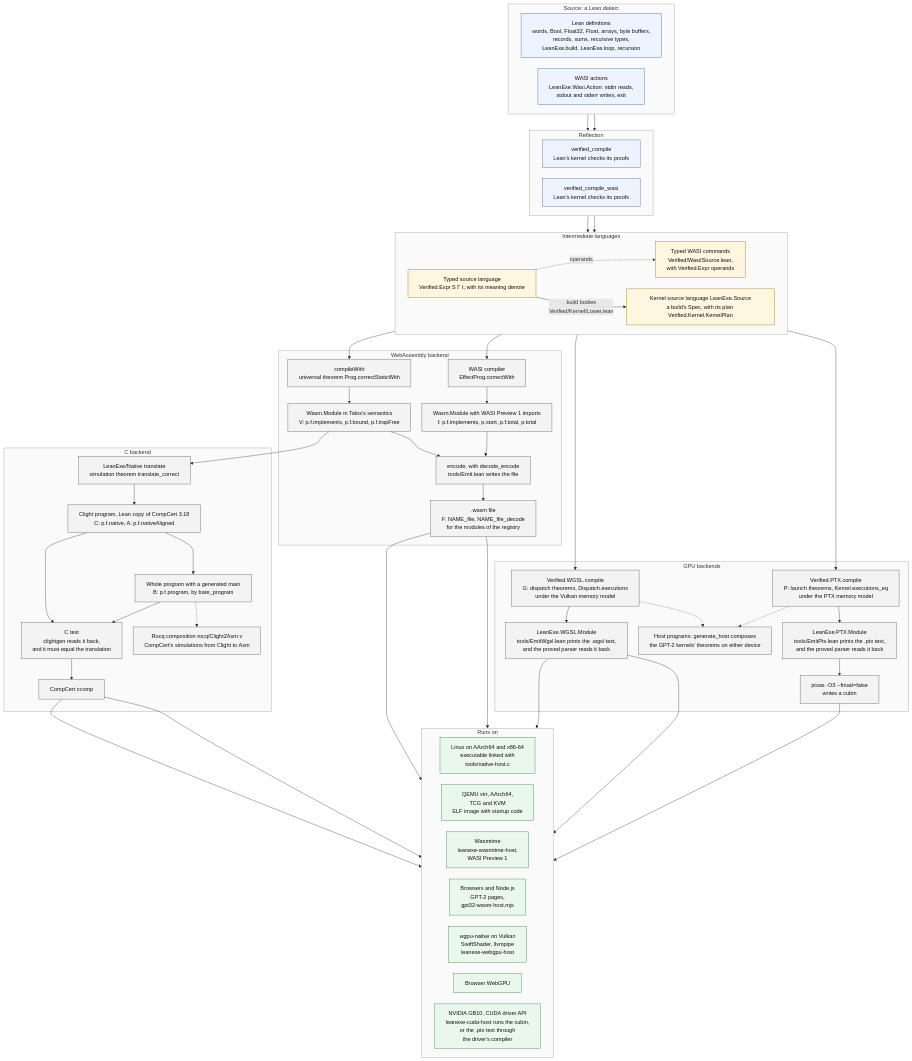
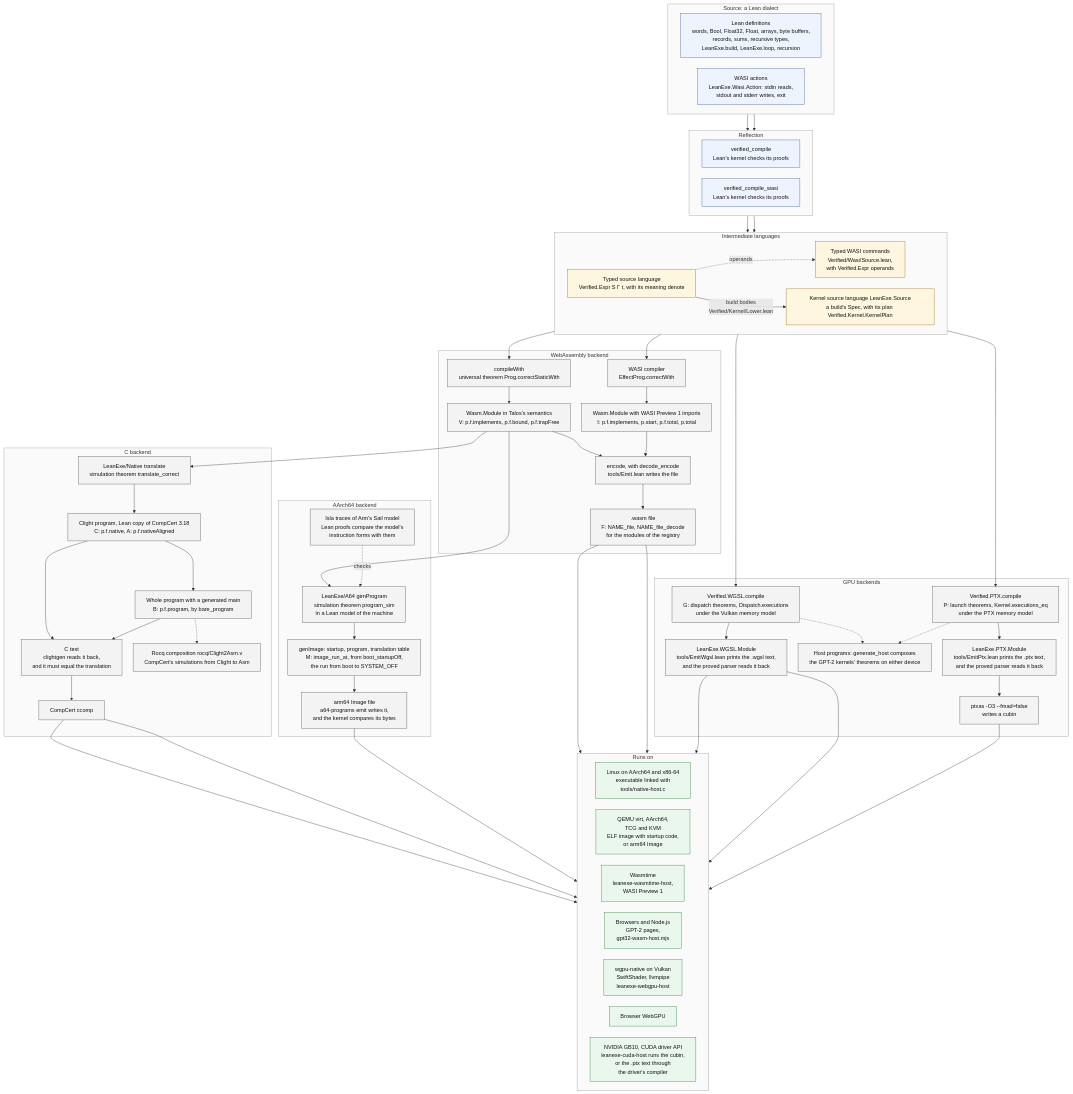
Before and after one commit to jsmorph/leanexe: the diagram in docs/toolchain.mmd, drawn with Mermaid. The commit also changed 7 other files, not shown here.

Commit message:
Document the AArch64 back end and add artifact code M

```diff
--- a/docs/toolchain.mmd
+++ b/docs/toolchain.mmd
@@ -1,97 +1,108 @@
 %%{init: {"flowchart": {"htmlLabels": true, "curve": "basis", "nodeSpacing": 30, "rankSpacing": 45, "wrappingWidth": 340}, "themeVariables": {"fontSize": "15px", "clusterBkg": "#fafafa", "clusterBorder": "#999999"}}}%%
 flowchart TB
   subgraph SRC["Source: a Lean dialect"]
     direction LR
     LEAN["Lean definitions<br/>words, Bool, Float32, Float, arrays, byte buffers,<br/>records, sums, recursive types,<br/>LeanExe.build, LeanExe.loop, recursion"]
     ACT["WASI actions<br/>LeanExe.Wasi.Action: stdin reads,<br/>stdout and stderr writes, exit"]
   end
 
   subgraph REF["Reflection"]
     direction LR
     VC["verified_compile<br/>Lean's kernel checks its proofs"]
     VCW["verified_compile_wasi<br/>Lean's kernel checks its proofs"]
   end
 
   subgraph IR["Intermediate languages"]
     direction LR
     EXPR["Typed source language<br/>Verified.Expr S Γ t, with its meaning denote"]
     CMD["Typed WASI commands<br/>Verified/Wasi/Source.lean,<br/>with Verified.Expr operands"]
     KSRC["Kernel source language LeanExe.Source<br/>a build's Spec, with its plan Verified.Kernel.KernelPlan"]
   end
 
   LEAN --> VC --> EXPR
   ACT --> VCW --> CMD
   EXPR -. "operands" .-> CMD
   EXPR -- "build bodies<br/>Verified/Kernel/Lower.lean" --> KSRC
 
   subgraph CB["C backend"]
     TR["LeanExe/Native translate<br/>simulation theorem translate_correct"]
     CL["Clight program, Lean copy of CompCert 3.18<br/>C: p.f.native, A: p.f.nativeAligned"]
     BARE["Whole program with a generated main<br/>B: p.f.program, by bare_program"]
     CTXT["C text<br/>clightgen reads it back,<br/>and it must equal the translation"]
     CC["CompCert ccomp"]
     ROCQ["Rocq composition rocq/Clight2Asm.v<br/>CompCert's simulations from Clight to Asm"]
   end
 
   subgraph WASMB["WebAssembly backend"]
     CW["compileWith<br/>universal theorem Prog.correctStaticWith"]
     CWW["WASI compiler<br/>EffectProg.correctWith"]
     MOD["Wasm.Module in Talos's semantics<br/>V: p.f.implements, p.f.bound, p.f.trapFree"]
     MODW["Wasm.Module with WASI Preview 1 imports<br/>I: p.f.implements, p.start, p.f.total, p.total"]
     ENC["encode, with decode_encode<br/>tools/Emit.lean writes the file"]
     WASMF[".wasm file<br/>F: NAME_file, NAME_file_decode<br/>for the modules of the registry"]
   end
 
+  subgraph A64B["AArch64 backend"]
+    GEN["LeanExe/A64 genProgram<br/>simulation theorem program_sim<br/>in a Lean model of the machine"]
+    IMG["genImage: startup, program, translation table<br/>M: image_run_at, from boot_startupOff,<br/>the run from boot to SYSTEM_OFF"]
+    IMGF["arm64 Image file<br/>a64-programs emit writes it,<br/>and the kernel compares its bytes"]
+    ISLA["Isla traces of Arm's Sail model<br/>Lean proofs compare the model's<br/>instruction forms with them"]
+  end
+
   subgraph GPU["GPU backends"]
     WG["Verified.WGSL.compile<br/>G: dispatch theorems, Dispatch.executions<br/>under the Vulkan memory model"]
     WGM["LeanExe.WGSL.Module<br/>tools/EmitWgsl.lean prints the .wgsl text,<br/>and the proved parser reads it back"]
     HOST["Host programs: generate_host composes<br/>the GPT-2 kernels' theorems on either device"]
     PT["Verified.PTX.compile<br/>P: launch theorems, Kernel.executions_eq<br/>under the PTX memory model"]
     PTM["LeanExe.PTX.Module<br/>tools/EmitPtx.lean prints the .ptx text,<br/>and the proved parser reads it back"]
     PTXAS["ptxas -O3 --fmad=false<br/>writes a cubin"]
   end
 
   EXPR --> CW --> MOD
   CMD --> CWW --> MODW
   MOD --> ENC
   MODW --> ENC
   ENC --> WASMF
 
   MOD --> TR --> CL
   CL --> CTXT
   CL --> BARE --> CTXT
   BARE -.-> ROCQ
   CTXT --> CC
 
+  MOD --> GEN --> IMG --> IMGF
+  ISLA -. "checks" .-> GEN
+
   KSRC --> WG --> WGM
   WG -.-> HOST
   PT -.-> HOST
   KSRC --> PT --> PTM --> PTXAS
 
   subgraph RUN["Runs on"]
     direction LR
     LNX["Linux on AArch64 and x86-64<br/>executable linked with<br/>tools/native-host.c"]
-    QEMU["QEMU virt, AArch64,<br/>TCG and KVM<br/>ELF image with startup code"]
+    QEMU["QEMU virt, AArch64,<br/>TCG and KVM<br/>ELF image with startup code,<br/>or arm64 Image"]
     WT["Wasmtime<br/>leanexe-wasmtime-host,<br/>WASI Preview 1"]
     JS["Browsers and Node.js<br/>GPT-2 pages,<br/>gpt32-wasm-host.mjs"]
     VK["wgpu-native on Vulkan<br/>SwiftShader, llvmpipe<br/>leanexe-webgpu-host"]
     WEBGPU["Browser WebGPU"]
     NV["NVIDIA GB10, CUDA driver API<br/>leanexe-cuda-host runs the cubin,<br/>or the .ptx text through<br/>the driver's compiler"]
   end
 
   CC --> LNX
   CC --> QEMU
+  IMGF --> QEMU
   WASMF --> WT
   WASMF --> JS
   WGM ---> VK
   WGM ---> WEBGPU
   PTXAS --> NV
 
   classDef src fill:#eef4ff,stroke:#3b5b92,color:#111
   classDef ir fill:#fff6e0,stroke:#9a6b00,color:#111
   classDef back fill:#f3f3f3,stroke:#555,color:#111
   classDef run fill:#e9f7ec,stroke:#2e7d3c,color:#111
   class LEAN,ACT,VC,VCW src
   class EXPR,CMD,KSRC ir
-  class CW,CWW,MOD,MODW,ENC,WASMF,TR,CL,BARE,CTXT,CC,ROCQ,WG,WGM,PT,PTM,PTXAS,HOST back
+  class CW,CWW,MOD,MODW,ENC,WASMF,TR,CL,BARE,CTXT,CC,ROCQ,GEN,IMG,IMGF,ISLA,WG,WGM,PT,PTM,PTXAS,HOST back
   class WT,JS,LNX,QEMU,VK,WEBGPU,NV run
```
